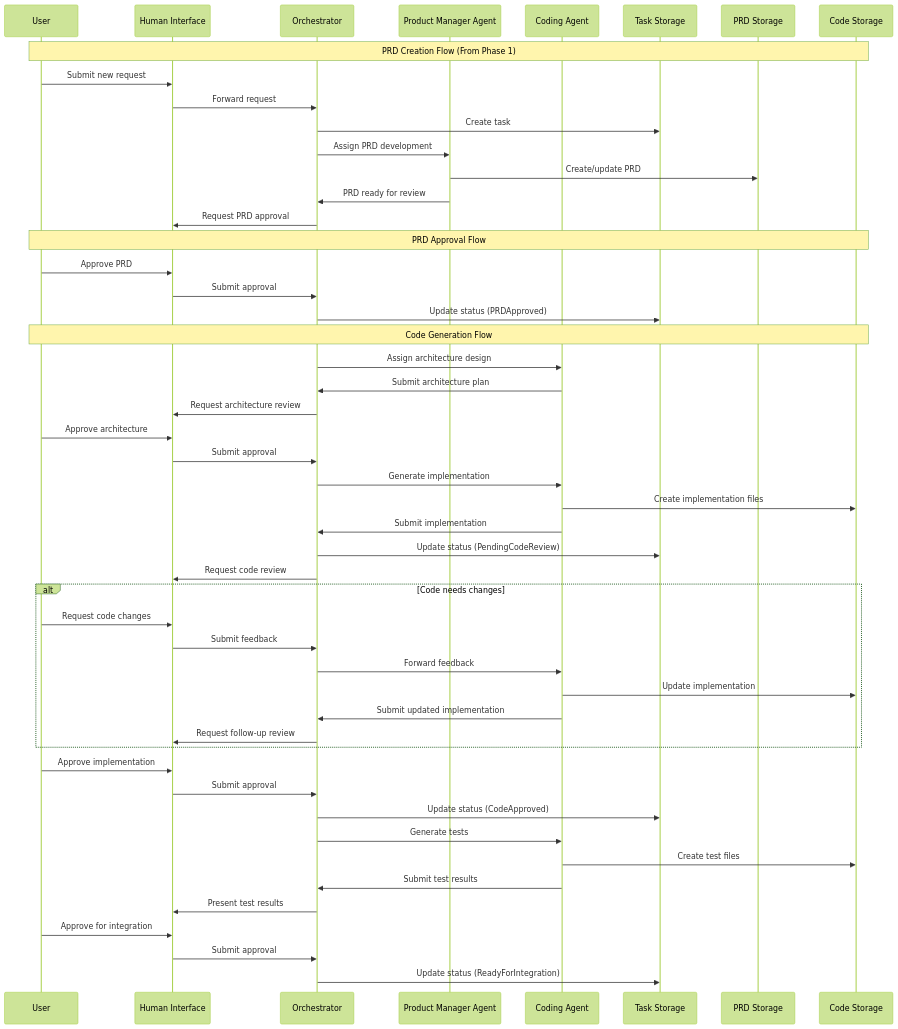
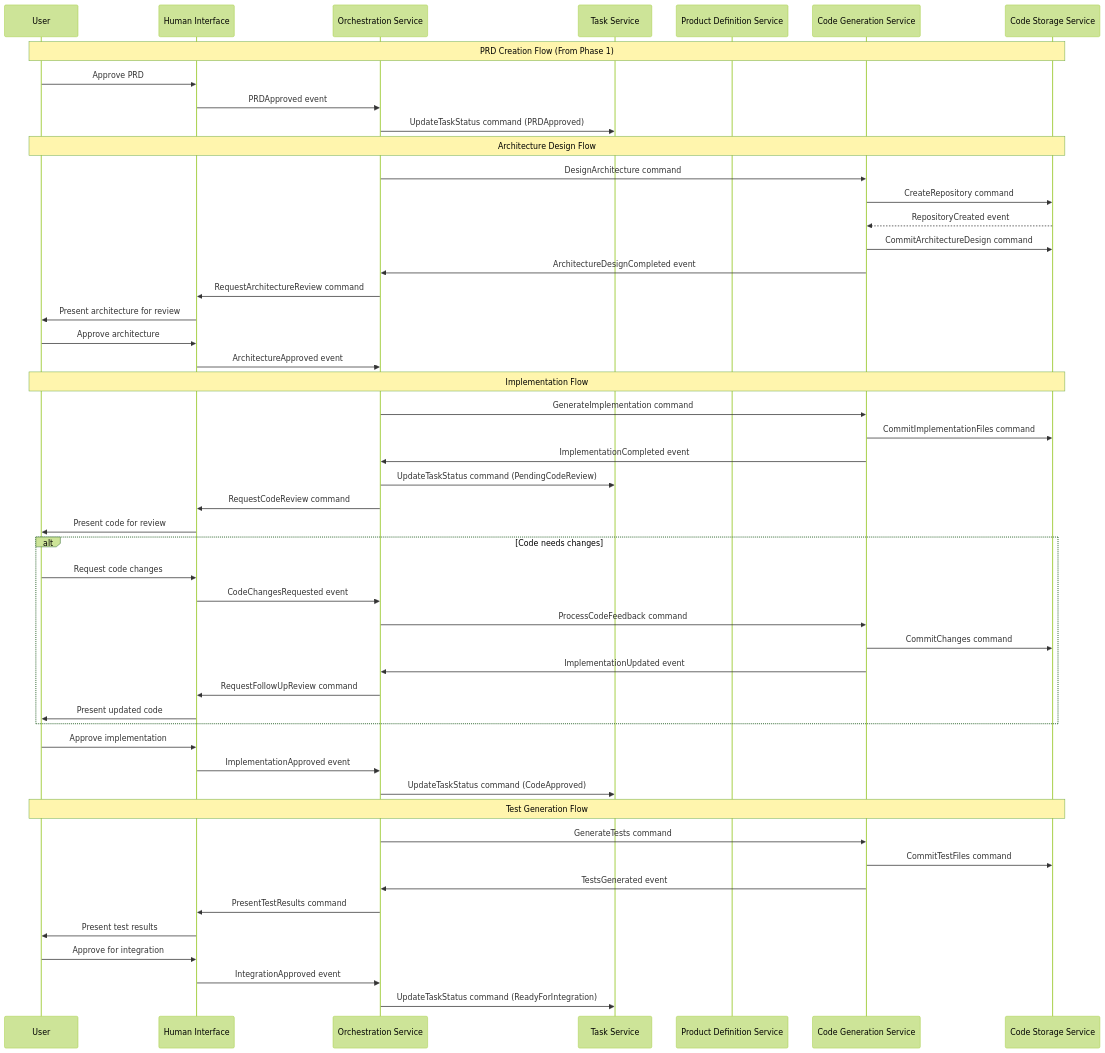
One commit to kgatilin/aihive changed the second of 2 diagrams in docs/roadmap/phase2_implementation.md. Above: the diagram before and after it, drawn with Mermaid (forest theme). The commit also changed other lines of this file and 3 other files, not shown here.

Commit message:
Refactor roadmap documentation to follow DDD principles and remove implementation details

````diff
--- a/docs/roadmap/phase2_implementation.md
+++ b/docs/roadmap/phase2_implementation.md
@@ -75,59 +159,64 @@
 ```mermaid
 sequenceDiagram
     participant User
-    participant Interface as Human Interface
-    participant Orchestrator
-    participant PM as Product Manager Agent
-    participant CA as Coding Agent
-    participant TaskStore as Task Storage
-    participant PRDStore as PRD Storage
-    participant CodeStore as Code Storage
+    participant HI as Human Interface
+    participant OS as Orchestration Service
+    participant TS as Task Service
+    participant PD as Product Definition Service
+    participant CG as Code Generation Service
+    participant CS as Code Storage Service
     
-    Note over User,CodeStore: PRD Creation Flow (From Phase 1)
-    User->>Interface: Submit new request
-    Interface->>Orchestrator: Forward request
-    Orchestrator->>TaskStore: Create task
-    Orchestrator->>PM: Assign PRD development
-    PM->>PRDStore: Create/update PRD
-    PM->>Orchestrator: PRD ready for review
-    Orchestrator->>Interface: Request PRD approval
+    Note over User,CS: PRD Creation Flow (From Phase 1)
     
-    Note over User,CodeStore: PRD Approval Flow
-    User->>Interface: Approve PRD
-    Interface->>Orchestrator: Submit approval
-    Orchestrator->>TaskStore: Update status (PRDApproved)
+    User->>HI: Approve PRD
+    HI->>OS: PRDApproved event
+    OS->>TS: UpdateTaskStatus command (PRDApproved)
     
-    Note over User,CodeStore: Code Generation Flow
-    Orchestrator->>CA: Assign architecture design
-    CA->>Orchestrator: Submit architecture plan
-    Orchestrator->>Interface: Request architecture review
-    User->>Interface: Approve architecture
-    Interface->>Orchestrator: Submit approval
+    Note over User,CS: Architecture Design Flow
     
-    Orchestrator->>CA: Generate implementation
-    CA->>CodeStore: Create implementation files
-    CA->>Orchestrator: Submit implementation
-    Orchestrator->>TaskStore: Update status (PendingCodeReview)
-    Orchestrator->>Interface: Request code review
+    OS->>CG: DesignArchitecture command
+    CG->>CS: CreateRepository command
+    CS-->>CG: RepositoryCreated event
+    CG->>CS: CommitArchitectureDesign command
+    CG->>OS: ArchitectureDesignCompleted event
+    OS->>HI: RequestArchitectureReview command
+    HI->>User: Present architecture for review
+    
+    User->>HI: Approve architecture
+    HI->>OS: ArchitectureApproved event
+    
+    Note over User,CS: Implementation Flow
+    
+    OS->>CG: GenerateImplementation command
+    CG->>CS: CommitImplementationFiles command
+    CG->>OS: ImplementationCompleted event
+    OS->>TS: UpdateTaskStatus command (PendingCodeReview)
+    OS->>HI: RequestCodeReview command
+    HI->>User: Present code for review
     
     alt Code needs changes
-        User->>Interface: Request code changes
-        Interface->>Orchestrator: Submit feedback
-        Orchestrator->>CA: Forward feedback
-        CA->>CodeStore: Update implementation
-        CA->>Orchestrator: Submit updated implementation
-        Orchestrator->>Interface: Request follow-up review
+        User->>HI: Request code changes
+        HI->>OS: CodeChangesRequested event
+        OS->>CG: ProcessCodeFeedback command
+        CG->>CS: CommitChanges command
+        CG->>OS: ImplementationUpdated event
+        OS->>HI: RequestFollowUpReview command
+        HI->>User: Present updated code
     end
     
-    User->>Interface: Approve implementation
-    Interface->>Orchestrator: Submit approval
-    Orchestrator->>TaskStore: Update status (CodeApproved)
+    User->>HI: Approve implementation
+    HI->>OS: ImplementationApproved event
+    OS->>TS: UpdateTaskStatus command (CodeApproved)
     
-    Orchestrator->>CA: Generate tests
-    CA->>CodeStore: Create test files
-    CA->>Orchestrator: Submit test results
-    Orchestrator->>Interface: Present test results
-    User->>Interface: Approve for integration
-    Interface->>Orchestrator: Submit approval
-    Orchestrator->>TaskStore: Update status (ReadyForIntegration)
+    Note over User,CS: Test Generation Flow
+    
+    OS->>CG: GenerateTests command
+    CG->>CS: CommitTestFiles command
+    CG->>OS: TestsGenerated event
+    OS->>HI: PresentTestResults command
+    HI->>User: Present test results
+    
+    User->>HI: Approve for integration
+    HI->>OS: IntegrationApproved event
+    OS->>TS: UpdateTaskStatus command (ReadyForIntegration)
 ```
````
